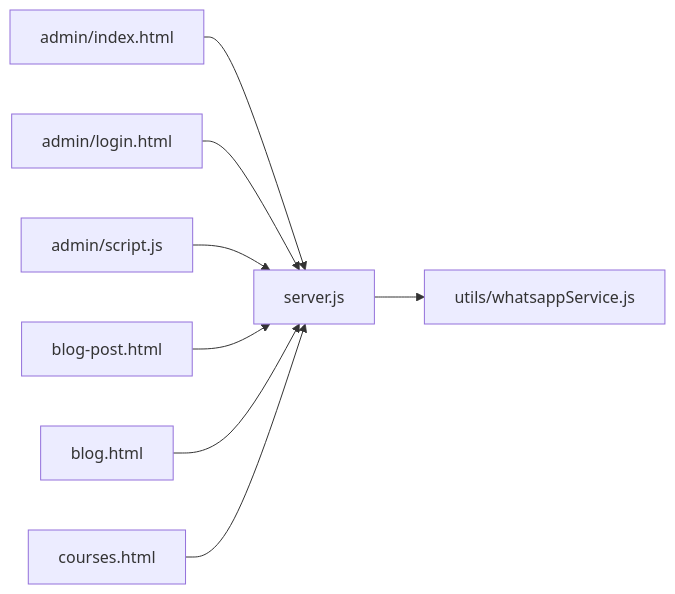
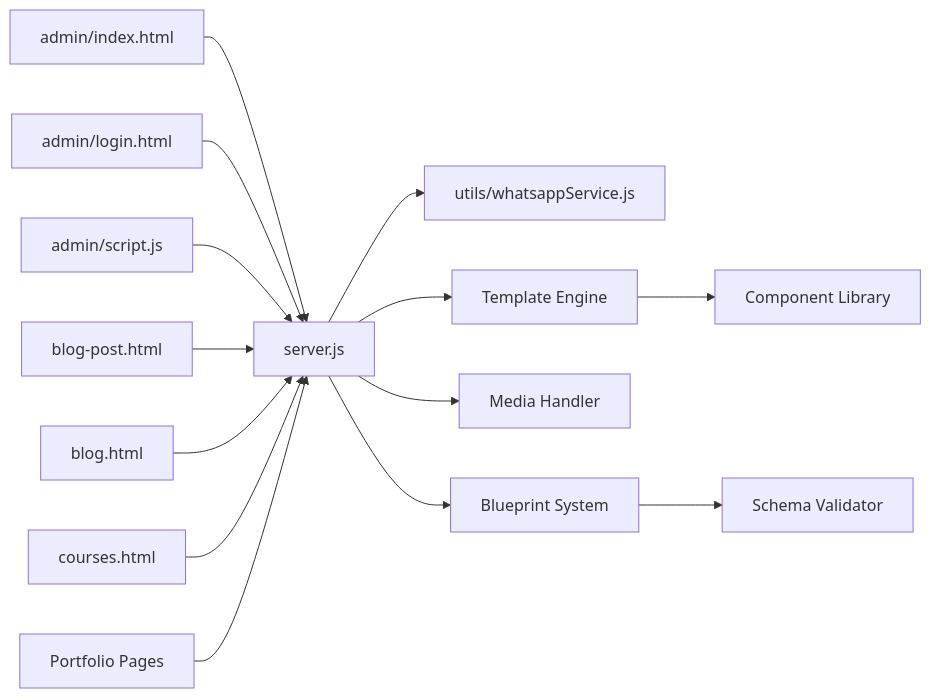
The third of 3 diagrams in .qoder/repowiki/en/content/Administrative Interface/Content Management Features.md (Dunstun2/GeniusMind-Home-Schooling), drawn with Mermaid before and after one commit. The commit also changed other lines of this file and 42 other files, not shown here.

````diff
--- a/.qoder/repowiki/en/content/Administrative Interface/Content Management Features.md
+++ b/.qoder/repowiki/en/content/Administrative Interface/Content Management Features.md
@@ -279,10 +424,16 @@
 ```mermaid
 graph LR
 AdminIndex["admin/index.html"] --> ServerAPI["server.js"]
 AdminLogin["admin/login.html"] --> ServerAPI
 AdminScript["admin/script.js"] --> ServerAPI
 BlogPostPage["blog-post.html"] --> ServerAPI
 BlogPage["blog.html"] --> ServerAPI
 CoursesPage["courses.html"] --> ServerAPI
+PortfolioPages["Portfolio Pages"] --> ServerAPI
 ServerAPI --> WhatsAppSvc["utils/whatsappService.js"]
+ServerAPI --> TemplateEngine["Template Engine"]
+ServerAPI --> MediaHandler["Media Handler"]
+ServerAPI --> BlueprintSystem["Blueprint System"]
+BlueprintSystem --> SchemaValidator["Schema Validator"]
+TemplateEngine --> ComponentLibrary["Component Library"]
 ```
````
